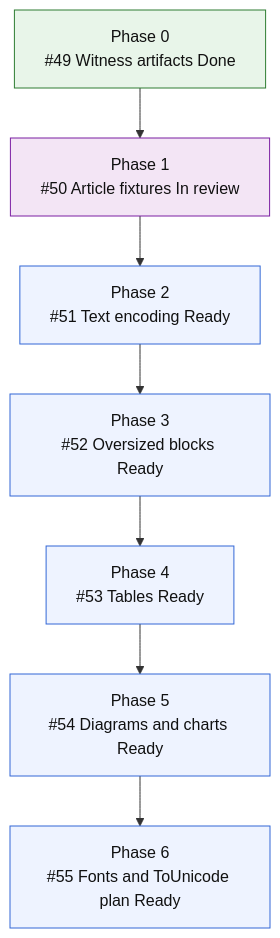
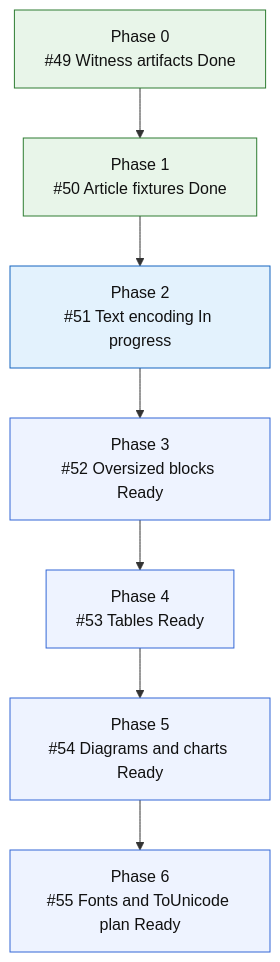
One commit to mihaelamj/MarkdownPDF changed the second of 2 diagrams in README.md. Above: the diagram before and after it, drawn with Mermaid.

Commit message:
docs(roadmap): start text encoding issue

````diff
--- a/README.md
+++ b/README.md
@@ -212,21 +212,21 @@
 ```mermaid
 flowchart TD
     F0["Phase 0<br/>#49 Witness artifacts Done"]
-    F1["Phase 1<br/>#50 Article fixtures In review"]
-    F2["Phase 2<br/>#51 Text encoding Ready"]
+    F1["Phase 1<br/>#50 Article fixtures Done"]
+    F2["Phase 2<br/>#51 Text encoding In progress"]
     F3["Phase 3<br/>#52 Oversized blocks Ready"]
     F4["Phase 4<br/>#53 Tables Ready"]
     F5["Phase 5<br/>#54 Diagrams and charts Ready"]
     F6["Phase 6<br/>#55 Fonts and ToUnicode plan Ready"]
 
     F0 --> F1 --> F2 --> F3 --> F4 --> F5 --> F6
 
     classDef done fill:#e8f5e9,stroke:#2e7d32,color:#111;
     classDef active fill:#e3f2fd,stroke:#1565c0,color:#111;
     classDef review fill:#f3e5f5,stroke:#7b1fa2,color:#111;
     classDef next fill:#fff8e1,stroke:#f9a825,color:#111;
     classDef todo fill:#eef3ff,stroke:#3367d6,color:#111;
-    class F0 done;
-    class F1 review;
-    class F2,F3,F4,F5,F6 todo;
+    class F0,F1 done;
+    class F2 active;
+    class F3,F4,F5,F6 todo;
 ```
````
